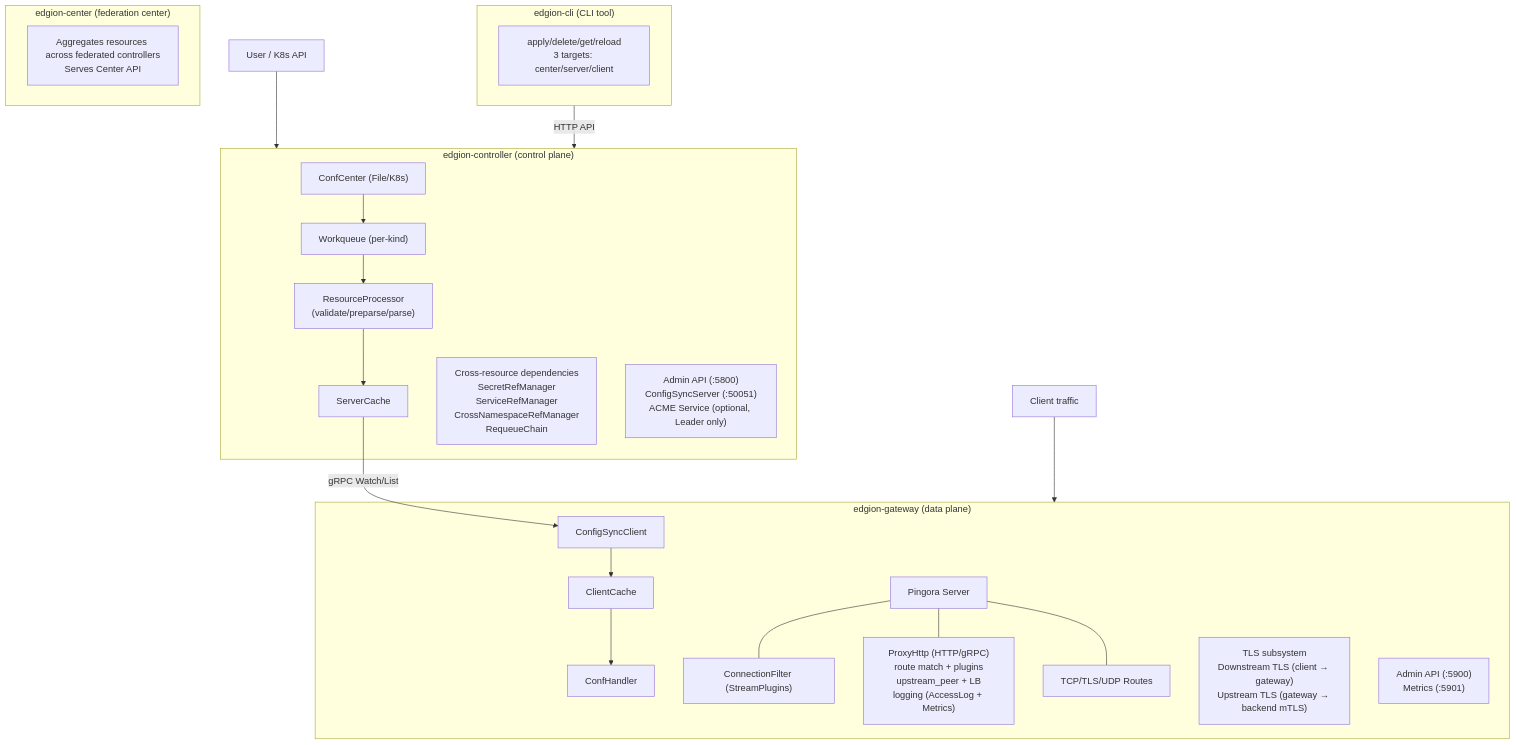
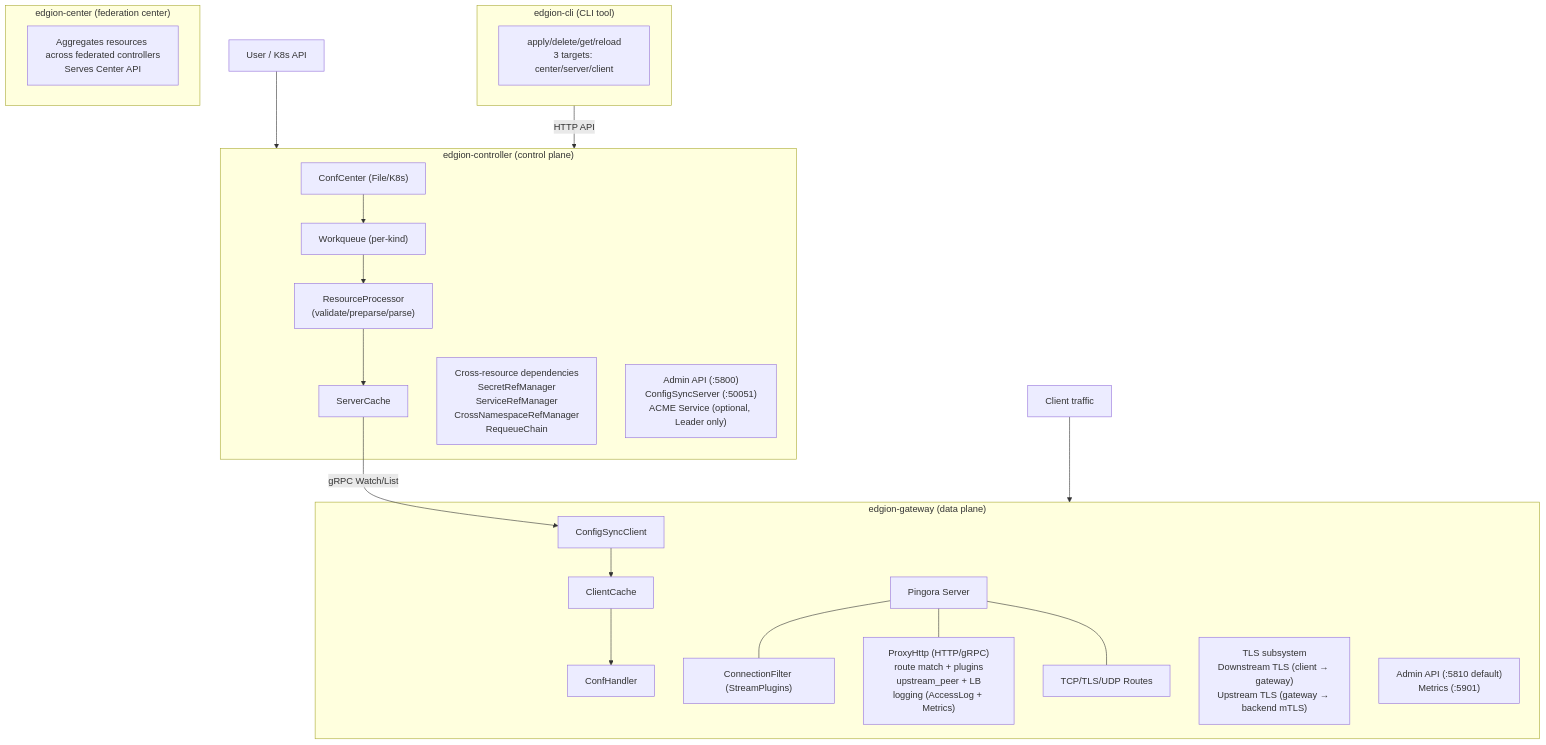
The diagram in skills/01-architecture/SKILL.md (Pandaala/Edgion), drawn with Mermaid before and after one commit. The commit also changed 63 other files, not shown here.

````diff
--- a/skills/01-architecture/SKILL.md
+++ b/skills/01-architecture/SKILL.md
@@ -14,38 +14,38 @@
 ```mermaid
 flowchart TD
     User["User / K8s API"] --> Controller
     Traffic["Client traffic"] --> Gateway
 
     subgraph Controller["edgion-controller (control plane)"]
         CC["ConfCenter (File/K8s)"] --> WQ["Workqueue (per-kind)"]
         WQ --> RP["ResourceProcessor\n(validate/preparse/parse)"]
         RP --> SC["ServerCache"]
         CrossRef["Cross-resource dependencies\nSecretRefManager\nServiceRefManager\nCrossNamespaceRefManager\nRequeueChain"]
         CtrlServices["Admin API (:5800)\nConfigSyncServer (:50051)\nACME Service (optional, Leader only)"]
     end
 
     SC -- "gRPC Watch/List" --> SyncClient
 
     subgraph Gateway["edgion-gateway (data plane)"]
         SyncClient["ConfigSyncClient"] --> ClientCache["ClientCache"] --> ConfHandler["ConfHandler"]
         PingoraServer["Pingora Server"]
         ConnFilter["ConnectionFilter (StreamPlugins)"]
         ProxyHttp["ProxyHttp (HTTP/gRPC)\nroute match + plugins\nupstream_peer + LB\nlogging (AccessLog + Metrics)"]
         StreamRoutes["TCP/TLS/UDP Routes"]
         PingoraServer --- ConnFilter
         PingoraServer --- ProxyHttp
         PingoraServer --- StreamRoutes
         TLS["TLS subsystem\nDownstream TLS (client → gateway)\nUpstream TLS (gateway → backend mTLS)"]
-        GwServices["Admin API (:5900)\nMetrics (:5901)"]
+        GwServices["Admin API (:5810 default)\nMetrics (:5901)"]
     end
 
     subgraph CLI["edgion-cli (CLI tool)"]
         CliOps["apply/delete/get/reload\n3 targets: center/server/client"]
     end
 
     subgraph Center["edgion-center (federation center)"]
         CenterNode["Aggregates resources across federated controllers\nServes Center API"]
     end
 
     CLI -- "HTTP API" --> Controller
 ```
````
